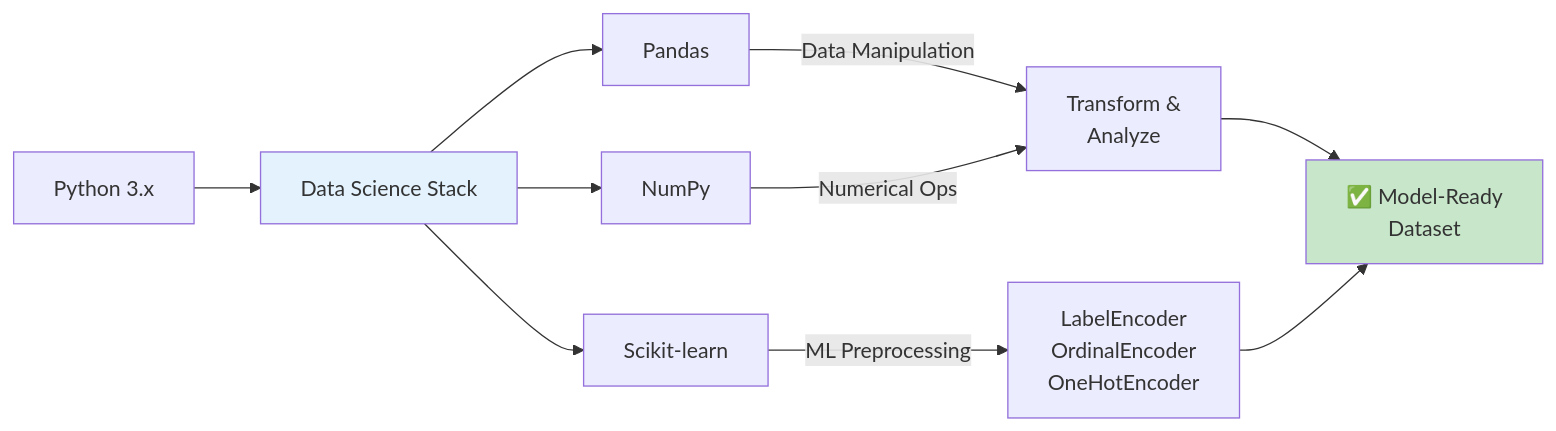
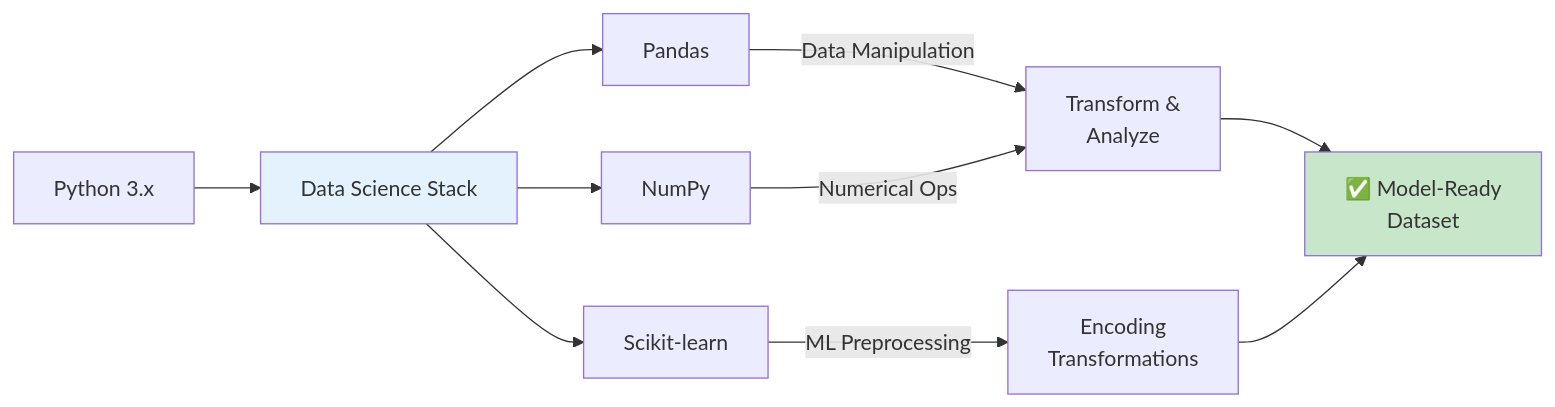
One commit to dhananjaypuri/naresh-it-tasks-practise changed the seventh of 8 diagrams in ML/Regression Project/README.md. Above: the diagram before and after it, drawn with Mermaid. The commit also changed other lines of this file and 4 other files, not shown here.

````diff
--- a/ML/Regression Project/README.md
+++ b/ML/Regression Project/README.md
@@ -226,17 +267,17 @@
 ```mermaid
 graph LR
     A["Python 3.x"] --> B["Data Science Stack"]
     B --> C["Pandas"]
     B --> D["NumPy"]
     B --> E["Scikit-learn"]
     
     C -->|Data Manipulation| F["Transform &<br/>Analyze"]
     D -->|Numerical Ops| F
-    E -->|ML Preprocessing| G["LabelEncoder<br/>OrdinalEncoder<br/>OneHotEncoder"]
+    E -->|ML Preprocessing| G["Encoding<br/>Transformations"]
     
     F --> H["✅ Model-Ready<br/>Dataset"]
     G --> H
     
     style B fill:#e3f2fd
     style H fill:#c8e6c9
 ```
````
